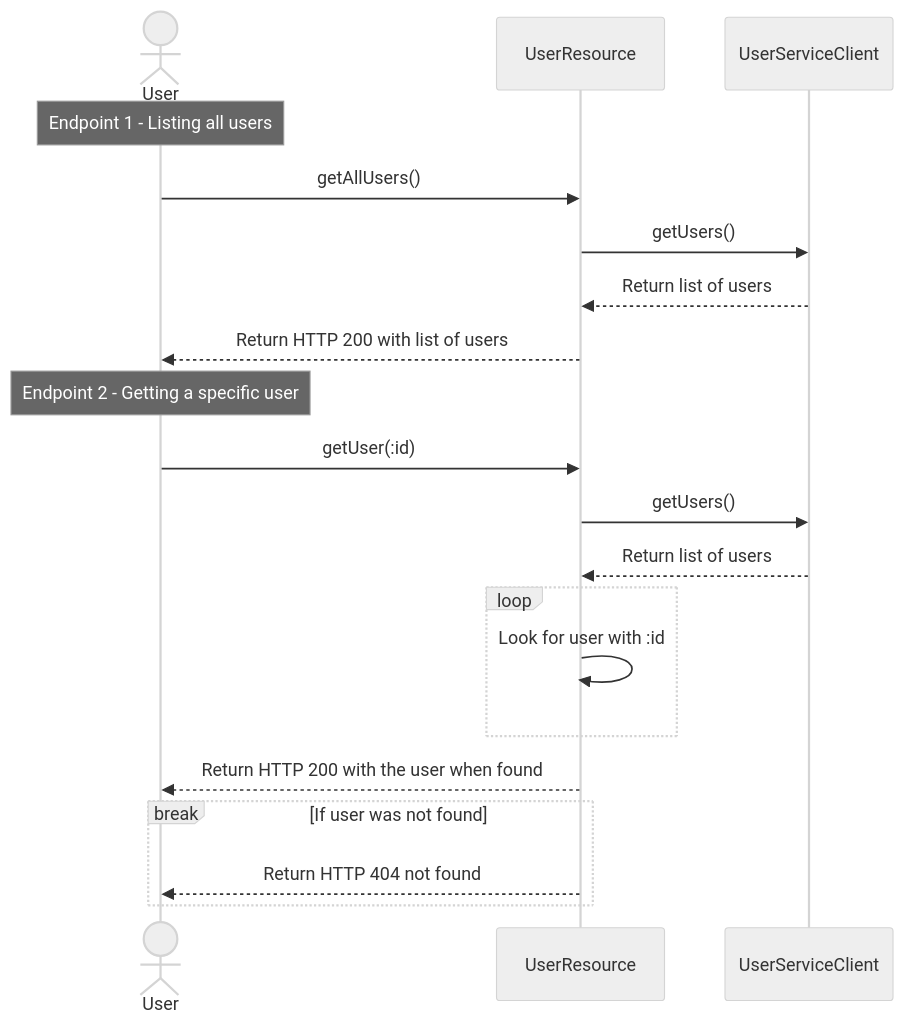
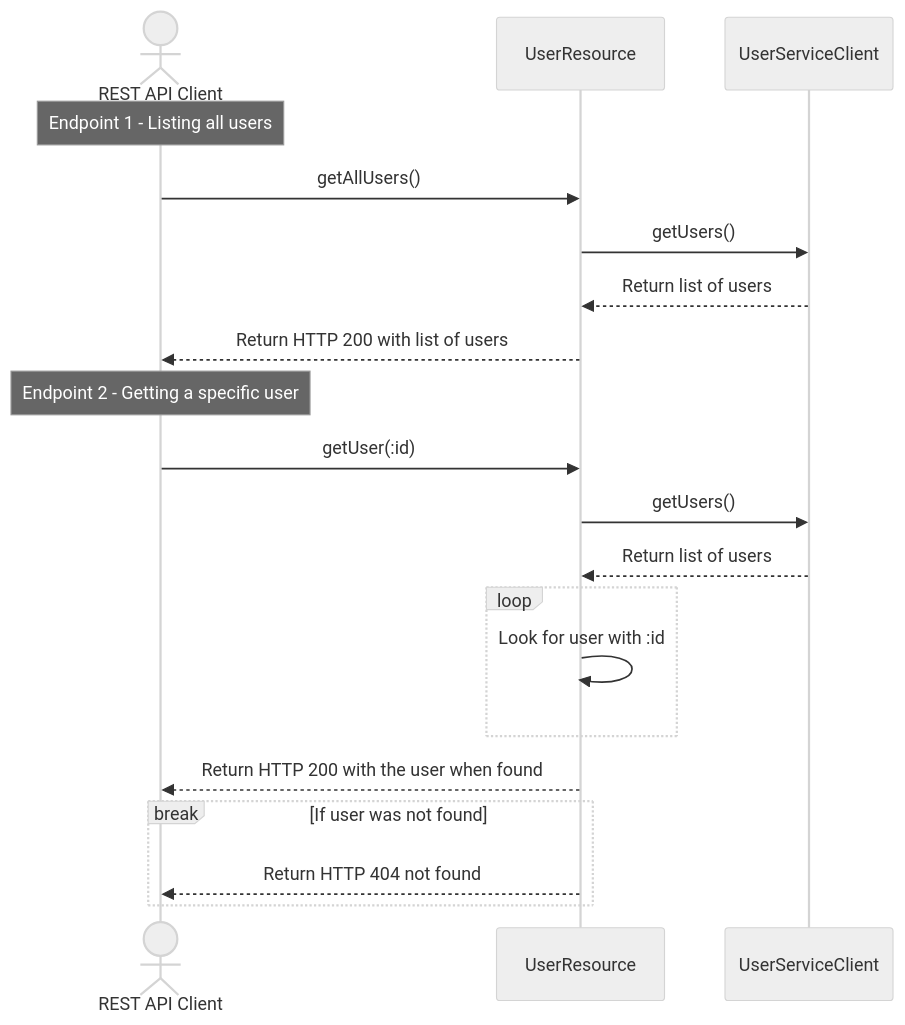
One commit to Tietoevry-IM-Recruitment/caching changed the diagram in README.md. Above: the diagram before and after it, drawn with Mermaid (neutral theme).

Commit message:
Renamed stick man

````diff
--- a/README.md
+++ b/README.md
@@ -34,24 +34,24 @@
 ```mermaid
 sequenceDiagram
-    actor User
+    actor User as REST API Client
     participant UserResource
     participant UserServiceClient
 
     Note over User: Endpoint 1 - Listing all users
     User ->> UserResource: getAllUsers()
     UserResource ->> UserServiceClient: getUsers()
     UserServiceClient -->> UserResource: Return list of users
     UserResource -->> User: Return HTTP 200 with list of users
 
     Note over User: Endpoint 2 - Getting a specific user
     User ->> UserResource: getUser(:id)
     UserResource ->> UserServiceClient: getUsers()
     UserServiceClient -->> UserResource: Return list of users
     loop
         UserResource ->> UserResource: Look for user with :id
     end
     UserResource -->> User: Return HTTP 200 with the user when found
     break If user was not found
         UserResource -->> User: Return HTTP 404 not found
     end
 ```
````
